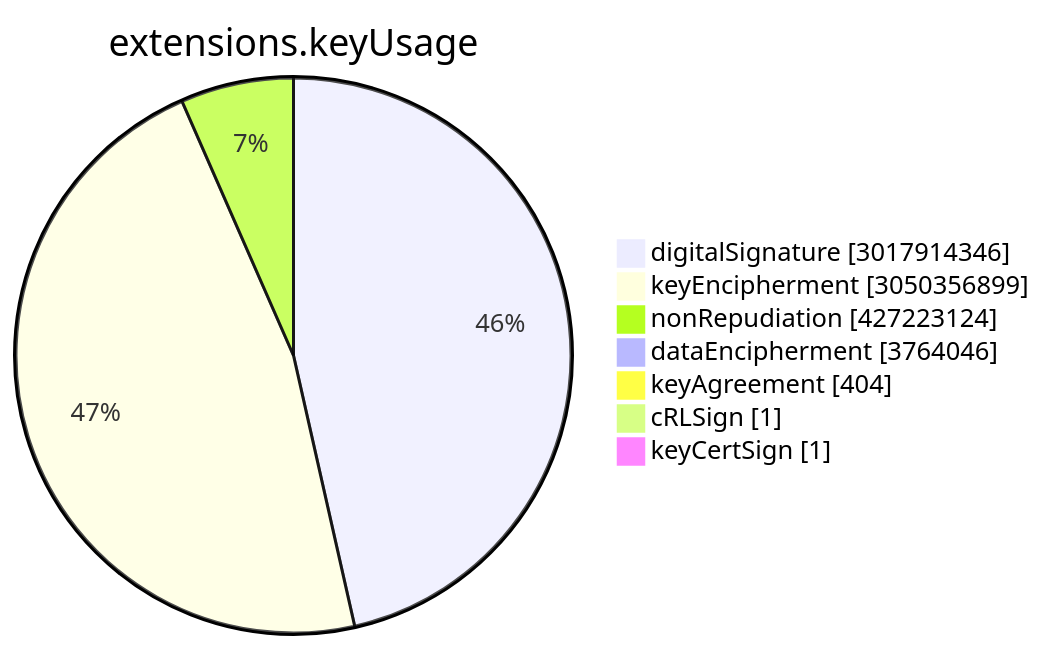
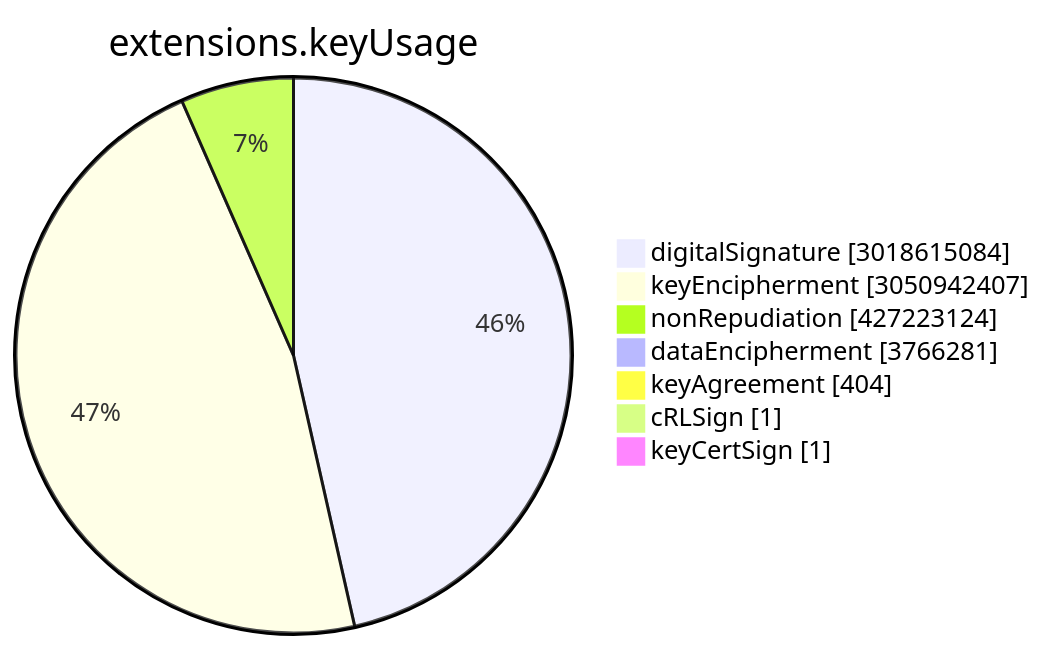
One commit to christiankrug/ctmonitor_visualization changed the sixth of 15 diagrams in TOTAL/README.md. Above: the diagram before and after it, drawn with Mermaid. The commit also changed other lines of this file, not shown here.

````diff
--- a/TOTAL/README.md
+++ b/TOTAL/README.md
@@ -3077,11 +3077,11 @@
 ```mermaid
 pie showData
 title extensions.keyUsage
-"digitalSignature" :3017914346
-"keyEncipherment" :3050356899
+"digitalSignature" :3018615084
+"keyEncipherment" :3050942407
 "nonRepudiation" :427223124
-"dataEncipherment" :3764046
+"dataEncipherment" :3766281
 "keyAgreement" :404
 "cRLSign" :1
 "keyCertSign" :1
 ```
````
